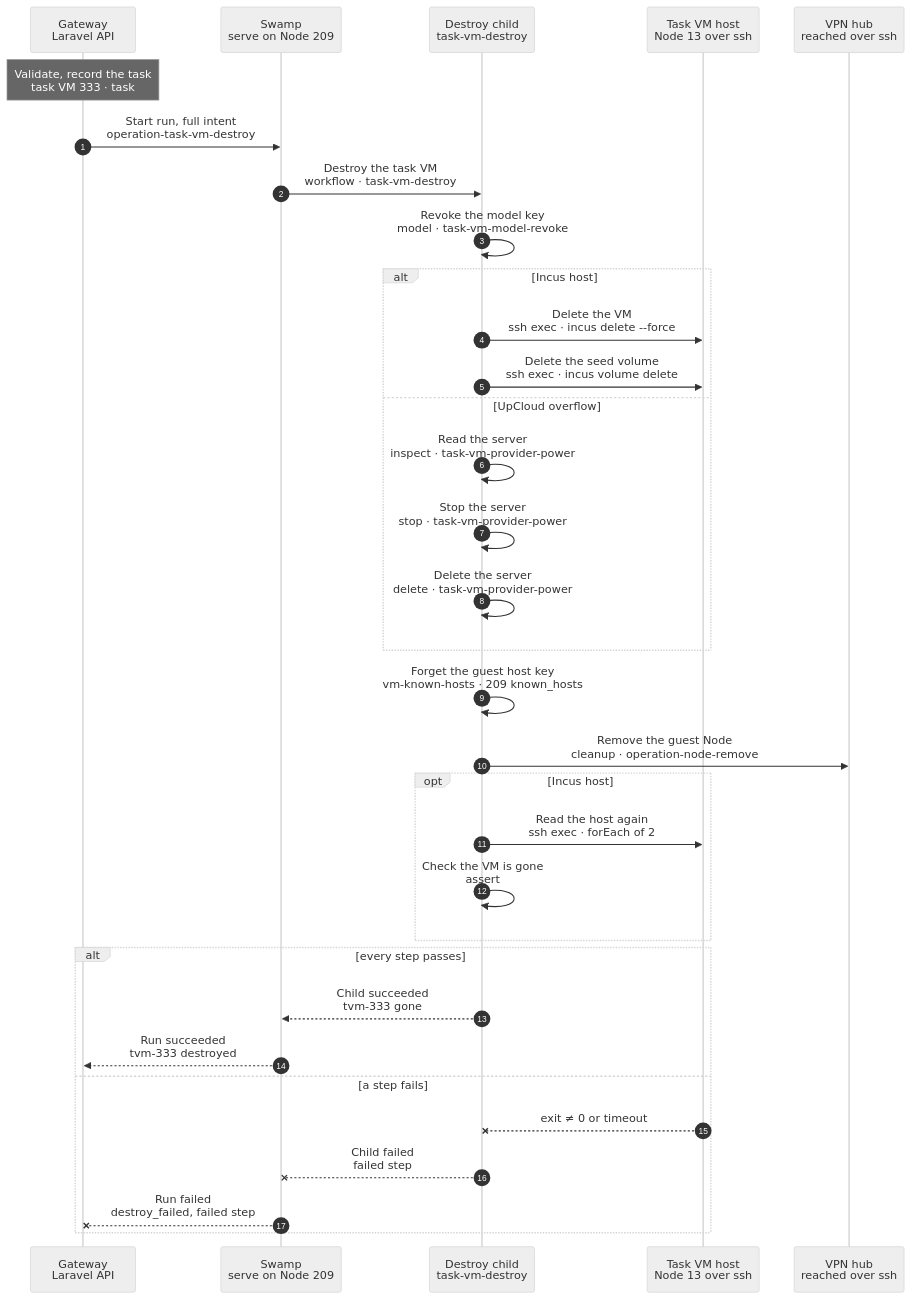
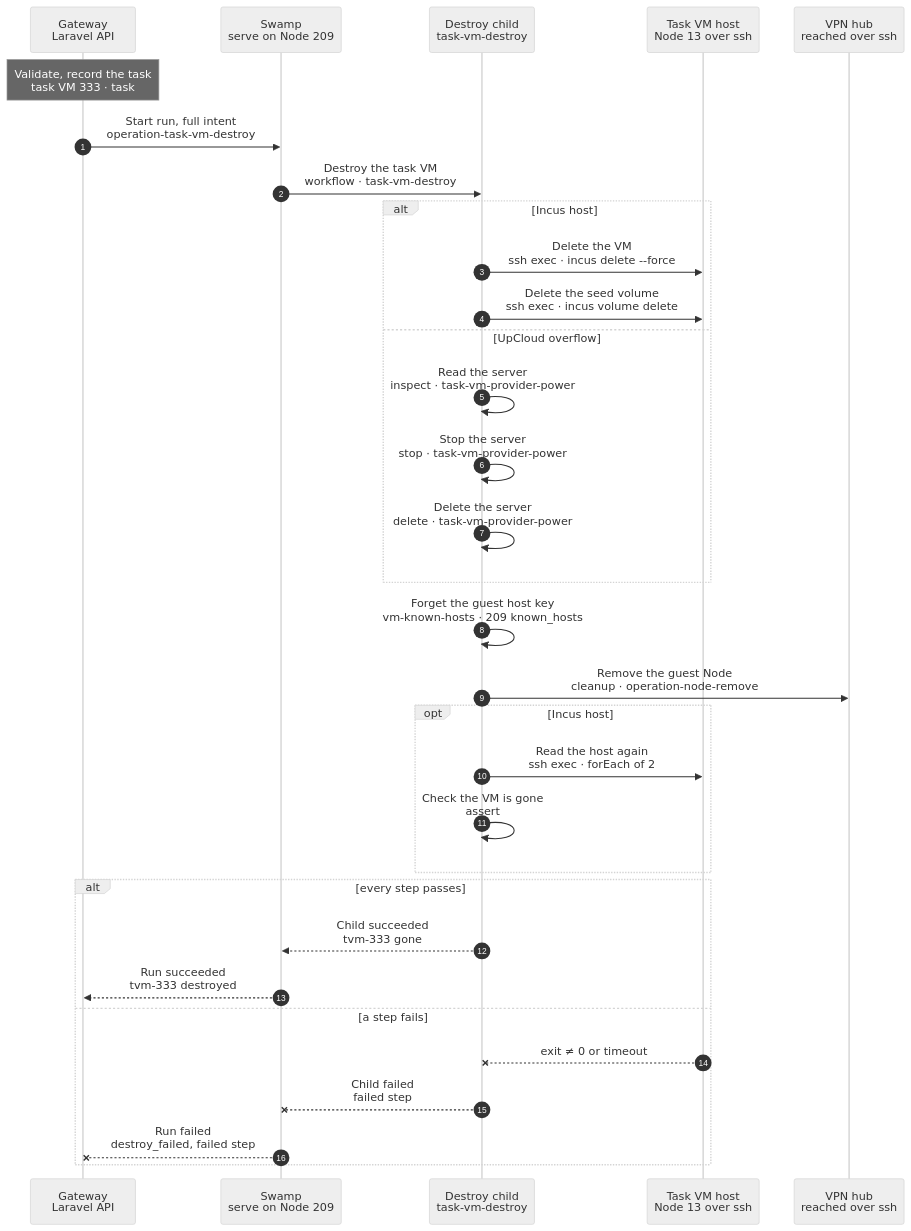
One commit to hardimpactdev/orbit changed the diagram in docs/cli/tasks/vm-destroy.mmd. Above: the diagram before and after it, drawn with Mermaid (neutral theme). The commit also changed 104 other files, not shown here.

```diff
--- a/docs/cli/tasks/vm-destroy.mmd
+++ b/docs/cli/tasks/vm-destroy.mmd
@@ -1,110 +1,100 @@
 sequenceDiagram
-  %% Target design: swamp/workflows/workflow-operation-task-vm-destroy.yaml (+ the shared task-vm-destroy child, provider-power for UpCloud, model-revoke and operation-node-remove children), docs/reference/compute-drivers.md, docs/reference/task-vm-native-provision.md, docs/reference/tasks.md, DECISIONS R1-R4.
+  %% Target design: swamp/workflows/workflow-operation-task-vm-destroy.yaml (+ the shared task-vm-destroy child, provider-power for UpCloud and operation-node-remove children), docs/reference/compute-drivers.md, docs/reference/task-vm-native-provision.md, docs/reference/tasks.md, DECISIONS R1-R4.
   %% Tightened: flow-tighten 2026-11-02 (second pass), rules 22 (one command is one exec argv: the VM delete and the seed volume delete are two argvs, so two steps; no TypeScript plan, seed decode or terminal fold), 9 (one read-back of the VM and the volume, one native `assert`), 14 (no `result` step in the child or the root; the Gateway reads the run's step statuses and builds the receipt from its captured intent), 16 (no read before the forced delete; an absent VM or volume counts as done and the end check proves it), 21 (the child stays: tasks.cancel and failed provisions run it too, so it is a typed boundary).
   %% status: draft
   %% command: none · nothing admits it now
   %% kind: task_vm.destroy
   autonumber
   %% lane GW icon=gateway pill=intent tone=blue
   %% lane SW icon=workflow pill=executes tone=green
   %% lane DC icon=workflow pill=executes tone=green
   %% lane H icon=server pill=target tone=amber
   %% lane HUB icon=server pill=target tone=purple
   participant GW as Gateway<br/>Laravel API
   participant SW as Swamp<br/>serve on Node 209
   participant DC as Destroy child<br/>task-vm-destroy
   participant H as Task VM host<br/>Node 13 over ssh
   participant HUB as VPN hub<br/>reached over ssh
   Note over GW: Validate, record the task<br/>task VM 333 · task #5181 · Node 13
   %%> Started by:
   %%> - the `DestroyTaskVm` job, when group 77 completes or is cancelled, or its workspace is removed
   %%> - nothing now: the host sweep no longer admits a `destroying` VM, and a group end releases its task VM with `task_vm.slot_release` (docs/cli/tasks/vm-release.mmd); this kind goes with the old provision
   %%> Requirements:
   %%> - no other task holds `task_vm:333`; a repeated admission returns the same open task
   %%> - no workspace, Route, protected Node resource or unpublished approved work remains on guest Node 340
   %%> Result:
   %%> - task VM 333 is `destroying`; guest Node 340 is `removing`
-  %%> - task #5181 records the provider input, whether a model key exists, the seed volume name and the Node removal intent
-  %%> - vault copies for the model key, the router keys and, for UpCloud, the API token
+  %%> - task #5181 records the provider input, the seed volume name and the Node removal intent
+  %%> - for UpCloud, a vault copy of the API token
   GW->>SW: Start run, full intent<br/>operation-task-vm-destroy
   %%> What it does:
   %%> - starts one Swamp run on serve (Node 209)
   %%> Inputs:
   %%> - the intent and `execution_secrets` as vault key names; no decode step reads them (rule 15)
   SW->>DC: Destroy the task VM<br/>workflow · task-vm-destroy
   %%> What it does:
   %%> - the root's one step runs the shared child; its steps follow on its own lane
   %%> Why a child:
   %%> - tasks.cancel and a failed provision run the same child, so it is a typed boundary
-  DC->>DC: Revoke the model key<br/>model · task-vm-model-revoke
-  %%> What it does:
-  %%> - removes VM 333's model key from the model router from 209 and confirms the anchor key stays
-  %%> - two Ansible phases on 209, `anchor` and `revoke`: HTTPS calls to the router, no script
-  %%> When:
-  %%> - a `guard` skips it when VM 333 has no model key
-  %%> Why first:
-  %%> - the provider delete waits for it, so a deleted VM never leaves a live key
-  %%> Held open:
-  %%> - one 209 script until an official HTTP behavior covers the router API
   alt Incus host
     DC->>H: Delete the VM<br/>ssh exec · incus delete --force
     %%> How:
     %%> - one pinned `@swamp/ssh exec` argv: `sudo timeout 180 incus delete --force --project orbit-tasks -- tvm-333`, running or stopped
     %%> - an absent VM counts as done; the end check proves it is gone
     %%> Cancel:
     %%> - after this step succeeds, the task can no longer be cancelled
     DC->>H: Delete the seed volume<br/>ssh exec · incus volume delete
     %%> How:
     %%> - `sudo timeout 180 incus storage volume delete --project orbit-tasks -- <pool> tvm-333-topology-seed`, after the VM releases it
     %%> - an absent volume counts as done
   else UpCloud overflow
     DC->>DC: Read the server<br/>inspect · task-vm-provider-power
     DC->>DC: Stop the server<br/>stop · task-vm-provider-power
     %%> When:
     %%> - a `guard` skips it when the server is not running
     DC->>DC: Delete the server<br/>delete · task-vm-provider-power
     %%> How:
     %%> - each is one inline `curl` on 209 with the token through `--variable`; the delete removes the server with its storage, and its own read-back proves it gone
   end
   DC->>DC: Forget the guest host key<br/>vm-known-hosts · 209 known_hosts
   %%> What it does:
   %%> - removes the guest address from the 209 worker's `known_hosts`, so the next VM there brings its own key
   %%> Why:
   %%> - mirrors `Pin the guest host key` in provision (rule 17)
   %%> When:
   %%> - a `guard` skips it when the VM had no WireGuard address
   %%> - runs in parallel with the Node removal
   DC->>HUB: Remove the guest Node<br/>cleanup · operation-node-remove
   %%> What it does:
   %%> - canonical Node removal of Node 340 under this run: removes its hub peer file and reloads the peer set
   %%> - no guest probe or SSH to the deleted VM
   %%> When:
   %%> - a `guard` skips it when Node 340 is already gone
   opt Incus host
     DC->>H: Read the host again<br/>ssh exec · forEach of 2
     %%> How:
     %%> - two parallel argvs: `incus query /1.0/instances?project=orbit-tasks` and the custom volumes of the pool
     DC->>DC: Check the VM is gone<br/>assert
     %%> End check:
     %%> - a native `assert`: neither `tvm-333` nor `tvm-333-topology-seed` is listed
   end
   alt every step passes
     DC-->>SW: Child succeeded<br/>tvm-333 gone
     SW-->>GW: Run succeeded<br/>tvm-333 destroyed
     %%> How the Gateway learns it:
     %%> - its run reader sees the terminal event and reads the run once; it builds the cleanup receipt from the captured intent
     %%> Result:
     %%> - removes Node 340 and its Process records, marks task VM 333 `destroyed` and clears its Pi token
     %%> - task #5181 succeeds; the host slot is free for the next claim
   else a step fails
     H--xDC: exit ≠ 0 or timeout
     %%> When:
-    %%> - the revoke, a delete, the Node removal or the end check fails
+    %%> - a delete, the Node removal or the end check fails
     DC--xSW: Child failed<br/>failed step
     SW--xGW: Run failed<br/>destroy_failed, failed step
     %%> Result:
     %%> - task #5181 fails; task VM 333 stays `destroying` with the error and keeps its credentials and cleanup intent
     %%> - Node 340 becomes `failed` with `failed_step` `remove:operation`
     %%> Retry:
     %%> - nothing admits the VM again; the release of the group's task VM replaces this path
   end
```
